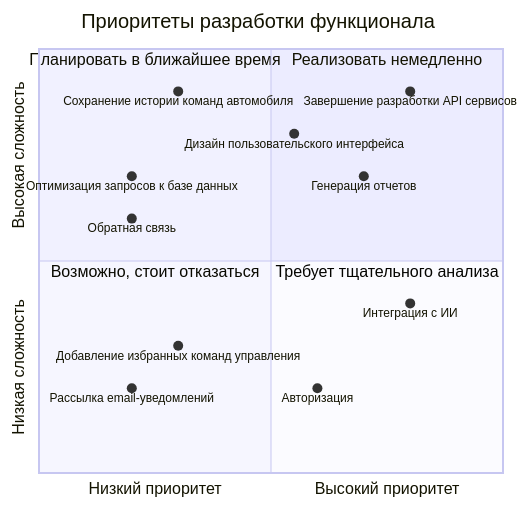
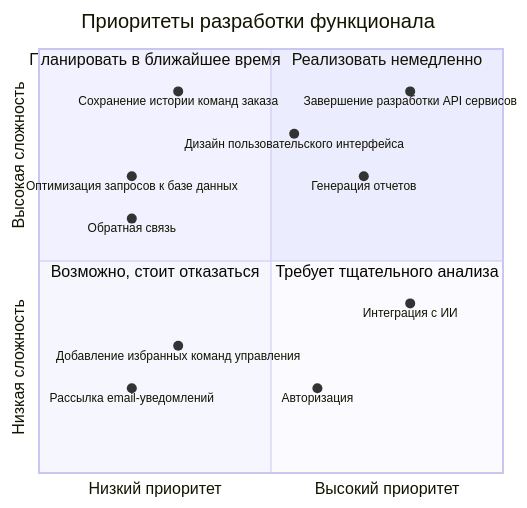
Before and after one commit to nulfild/PCSS: the third of 4 diagrams in README.md, drawn with Mermaid.

````diff
--- a/README.md
+++ b/README.md
@@ -80,24 +80,24 @@
 ```mermaid
 quadrantChart
     title Приоритеты разработки функционала
     x-axis "Низкий приоритет" --> "Высокий приоритет"
     y-axis "Низкая сложность" --> "Высокая сложность"
     quadrant-1 "Реализовать немедленно"
     quadrant-2 "Планировать в ближайшее время"
     quadrant-3 "Возможно, стоит отказаться"
     quadrant-4 "Требует тщательного анализа"
     
     "Генерация отчетов": [0.7, 0.7]
     "Дизайн пользовательского интерфейса": [0.55, 0.8]
     "Завершение разработки API сервисов": [0.8, 0.9]
 
     "Обратная связь": [0.2, 0.6]
-    "Сохранение истории команд автомобиля": [0.3, 0.9]
+    "Сохранение истории команд заказа": [0.3, 0.9]
     "Оптимизация запросов к базе данных": [0.2, 0.7]
 
     "Рассылка email-уведомлений": [0.2, 0.2]
     "Добавление избранных команд управления": [0.3, 0.3]
 
     "Авторизация": [0.6, 0.2]
     "Интеграция с ИИ": [0.8, 0.4]
 ```
````
